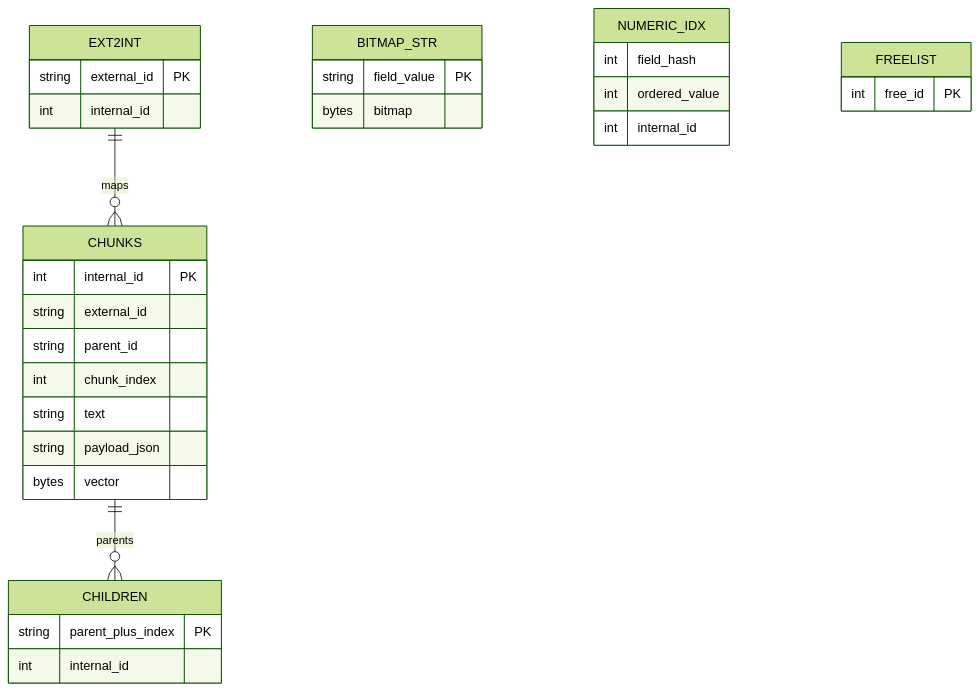
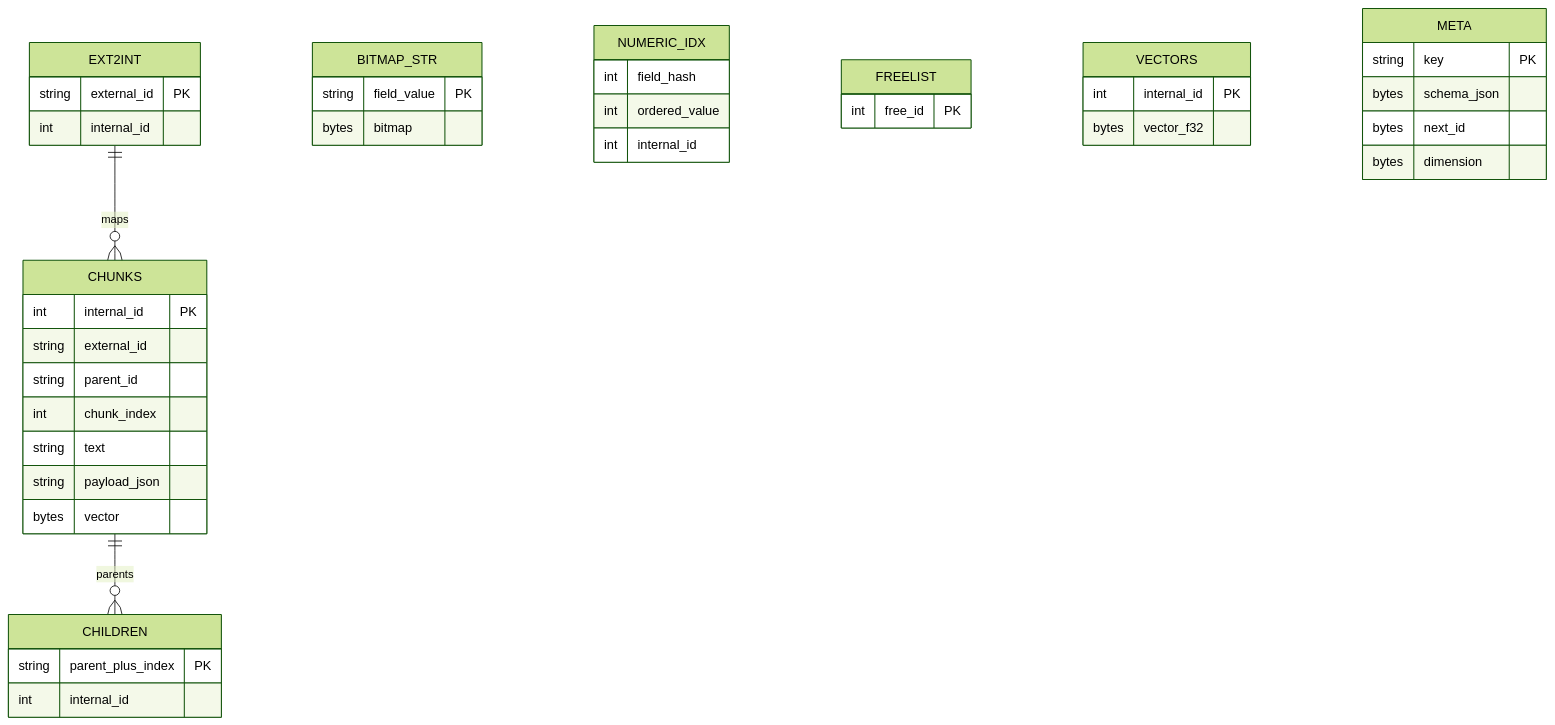
The third of 8 diagrams in README.md (MostafaSensei106/Waffle-DB), drawn with Mermaid (forest theme) before and after one commit. The commit also changed other lines of this file and 1 other file, not shown here.

Commit message:
docs: Update README and CHANGELOG with detailed async operations, consistency proofs, and architectural insights

````diff
--- a/README.md
+++ b/README.md
@@ -452,34 +452,44 @@
 ```mermaid
 erDiagram
     EXT2INT ||--o{ CHUNKS : maps
     CHUNKS ||--o{ CHILDREN : parents
     CHUNKS {
         int internal_id PK
         string external_id
         string parent_id
         int chunk_index
         string text
         string payload_json
         bytes vector
     }
     EXT2INT {
         string external_id PK
         int internal_id
     }
     BITMAP_STR {
         string field_value PK
         bytes bitmap
     }
     NUMERIC_IDX {
         int field_hash
         int ordered_value
         int internal_id
     }
     CHILDREN {
         string parent_plus_index PK
         int internal_id
     }
     FREELIST {
         int free_id PK
     }
+    VECTORS {
+        int internal_id PK
+        bytes vector_f32
+    }
+    META {
+        string key PK
+        bytes schema_json
+        bytes next_id
+        bytes dimension
+    }
 ```
````
